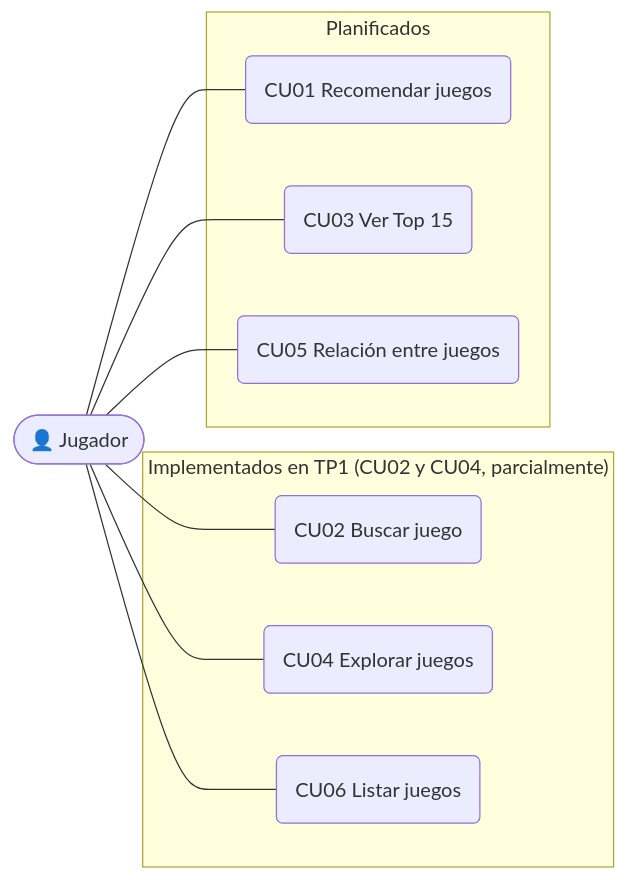
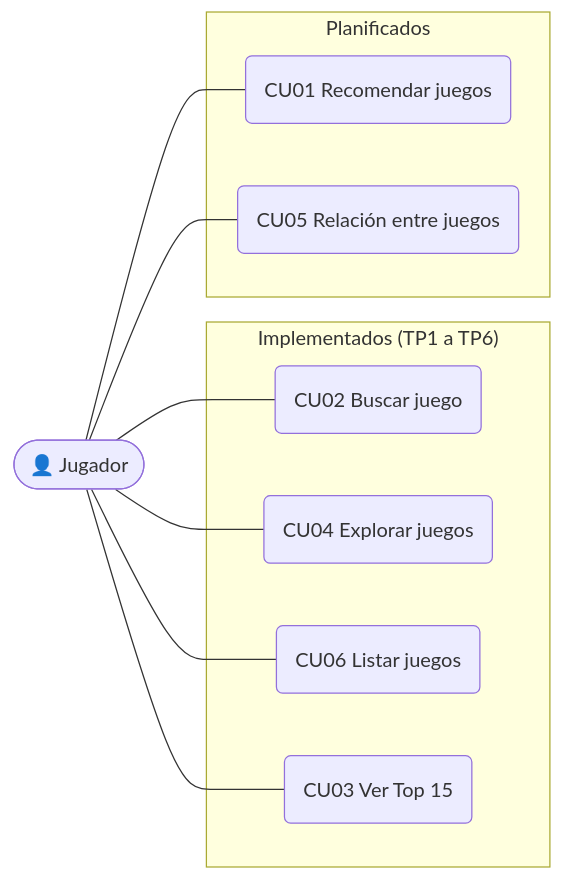
The diagram in docs/02_casos_de_uso.md (Dasein369/tpi_edd2026_recomendador), drawn with Mermaid before and after one commit. The commit also changed other lines of this file and 6 other files, not shown here.

````diff
--- a/docs/02_casos_de_uso.md
+++ b/docs/02_casos_de_uso.md
@@ -5,23 +5,23 @@
 ```mermaid
 flowchart LR
     U([👤 Jugador])
 
-    subgraph impl["Implementados en TP1 (CU02 y CU04, parcialmente)"]
+    subgraph impl["Implementados (TP1 a TP6)"]
         CU02(CU02 Buscar juego)
         CU04(CU04 Explorar juegos)
         CU06(CU06 Listar juegos)
+        CU03(CU03 Ver Top 15)
     end
 
     subgraph plan["Planificados"]
         CU01(CU01 Recomendar juegos)
-        CU03(CU03 Ver Top 15)
         CU05(CU05 Relación entre juegos)
     end
 
     U --- CU01
     U --- CU02
     U --- CU03
     U --- CU04
     U --- CU05
     U --- CU06
 ```
````
